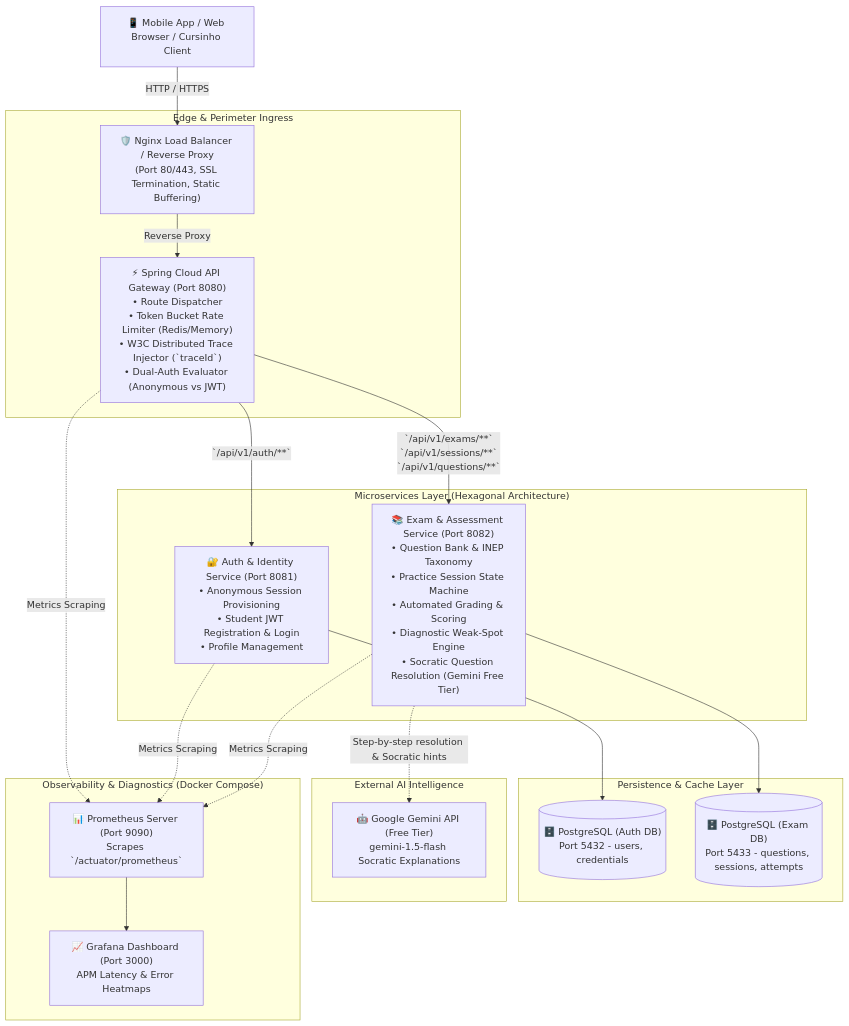
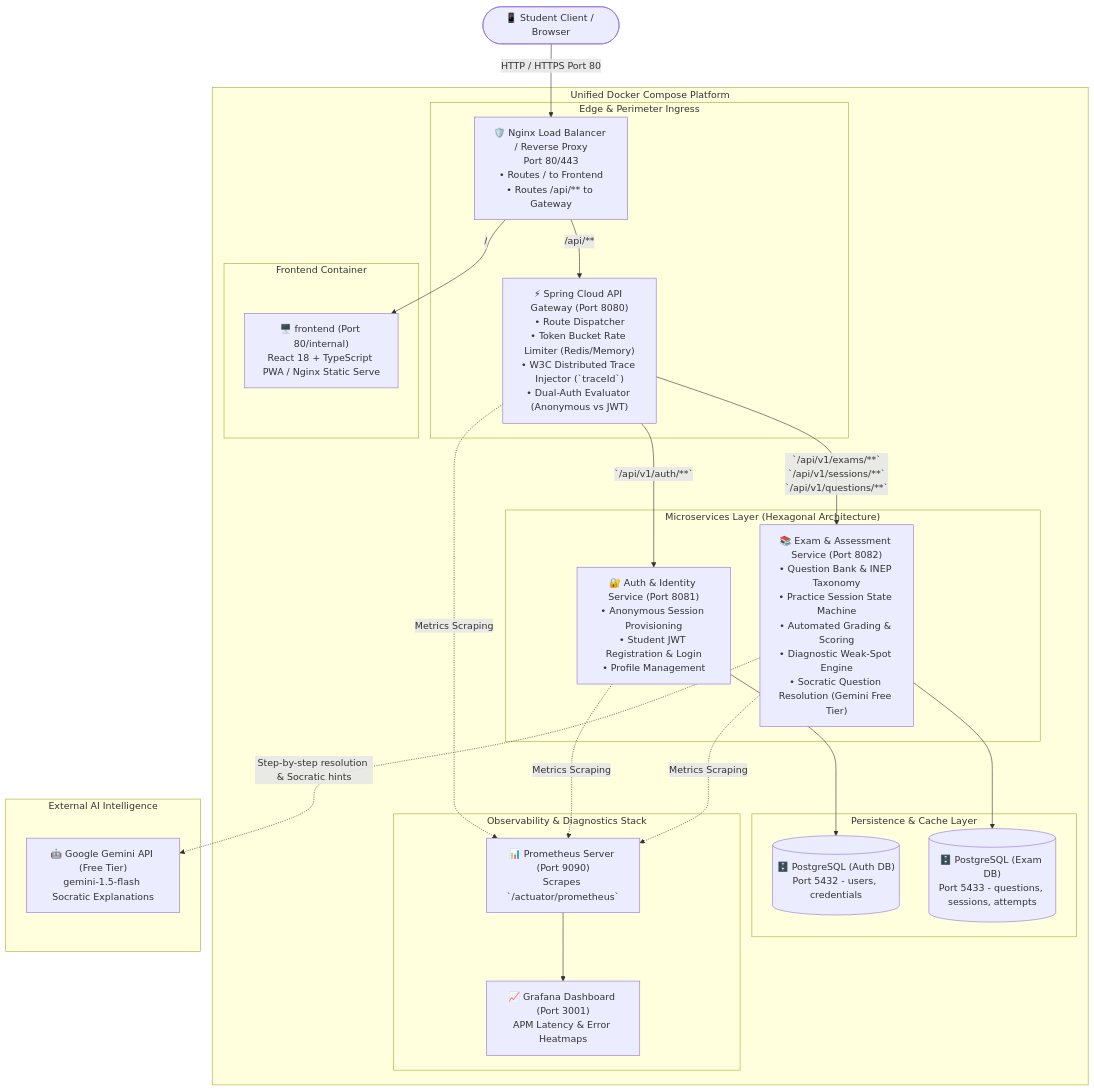
Before and after one commit to Veras-D/AprovaENEM: the first of 6 diagrams in docs/sprint-1/03-system-architecture.md, drawn with Mermaid. The commit also changed 2 other files, not shown here.

Commit message:
docs: update architecture, README, and backlog to reflect full-stack Docker Compose setup

````diff
--- a/docs/sprint-1/03-system-architecture.md
+++ b/docs/sprint-1/03-system-architecture.md
@@ -15,43 +15,50 @@
 ```mermaid
 flowchart TD
-    Client["📱 Mobile App / Web Browser / Cursinho Client"]
+    User([📱 Student Client / Browser])
     
-    subgraph Perimeter ["Edge & Perimeter Ingress"]
-        LB["🛡️ Nginx Load Balancer / Reverse Proxy<br/>(Port 80/443, SSL Termination, Static Buffering)"]
-        APIGW["⚡ Spring Cloud API Gateway (Port 8080)<br/>• Route Dispatcher<br/>• Token Bucket Rate Limiter (Redis/Memory)<br/>• W3C Distributed Trace Injector (`traceId`)<br/>• Dual-Auth Evaluator (Anonymous vs JWT)"]
-    end
+    subgraph DockerComposePlatform ["Unified Docker Compose Platform"]
+        subgraph Perimeter ["Edge & Perimeter Ingress"]
+            LB["🛡️ Nginx Load Balancer / Reverse Proxy<br/>Port 80/443<br/>• Routes / to Frontend<br/>• Routes /api/** to Gateway"]
+            APIGW["⚡ Spring Cloud API Gateway (Port 8080)<br/>• Route Dispatcher<br/>• Token Bucket Rate Limiter (Redis/Memory)<br/>• W3C Distributed Trace Injector (`traceId`)<br/>• Dual-Auth Evaluator (Anonymous vs JWT)"]
+        end
 
-    subgraph Services ["Microservices Layer (Hexagonal Architecture)"]
-        AuthSvc["🔐 Auth & Identity Service (Port 8081)<br/>• Anonymous Session Provisioning<br/>• Student JWT Registration & Login<br/>• Profile Management"]
-        ExamSvc["📚 Exam & Assessment Service (Port 8082)<br/>• Question Bank & INEP Taxonomy<br/>• Practice Session State Machine<br/>• Automated Grading & Scoring<br/>• Diagnostic Weak-Spot Engine<br/>• Socratic Question Resolution (Gemini Free Tier)"]
-    end
+        subgraph FrontendLayer ["Frontend Container"]
+            FrontendUI["🖥️ frontend (Port 80/internal)<br/>React 18 + TypeScript PWA / Nginx Static Serve"]
+        end
 
-    subgraph DataLayer ["Persistence & Cache Layer"]
-        PostgresAuth[("🗄️ PostgreSQL (Auth DB)<br/>Port 5432 - users, credentials")]
-        PostgresExam[("🗄️ PostgreSQL (Exam DB)<br/>Port 5433 - questions, sessions, attempts")]
+        subgraph Services ["Microservices Layer (Hexagonal Architecture)"]
+            AuthSvc["🔐 Auth & Identity Service (Port 8081)<br/>• Anonymous Session Provisioning<br/>• Student JWT Registration & Login<br/>• Profile Management"]
+            ExamSvc["📚 Exam & Assessment Service (Port 8082)<br/>• Question Bank & INEP Taxonomy<br/>• Practice Session State Machine<br/>• Automated Grading & Scoring<br/>• Diagnostic Weak-Spot Engine<br/>• Socratic Question Resolution (Gemini Free Tier)"]
+        end
+
+        subgraph DataLayer ["Persistence & Cache Layer"]
+            PostgresAuth[("🗄️ PostgreSQL (Auth DB)<br/>Port 5432 - users, credentials")]
+            PostgresExam[("🗄️ PostgreSQL (Exam DB)<br/>Port 5433 - questions, sessions, attempts")]
+        end
+
+        subgraph ObservabilityStack ["Observability & Diagnostics Stack"]
+            Prometheus["📊 Prometheus Server (Port 9090)<br/>Scrapes `/actuator/prometheus`"]
+            Grafana["📈 Grafana Dashboard (Port 3001)<br/>APM Latency & Error Heatmaps"]
+        end
     end
 
     subgraph ExternalAI ["External AI Intelligence"]
         GeminiAPI["🤖 Google Gemini API (Free Tier)<br/>gemini-1.5-flash Socratic Explanations"]
     end
 
-    subgraph ObservabilityStack ["Observability & Diagnostics (Docker Compose)"]
-        Prometheus["📊 Prometheus Server (Port 9090)<br/>Scrapes `/actuator/prometheus`"]
-        Grafana["📈 Grafana Dashboard (Port 3000)<br/>APM Latency & Error Heatmaps"]
-    end
-
-    Client -->|HTTP / HTTPS| LB
-    LB -->|Reverse Proxy| APIGW
+    User -->|HTTP / HTTPS Port 80| LB
+    LB -->|/| FrontendUI
+    LB -->|/api/**| APIGW
     
     APIGW -->|`/api/v1/auth/**`| AuthSvc
     APIGW -->|`/api/v1/exams/**`<br/>`/api/v1/sessions/**`<br/>`/api/v1/questions/**`| ExamSvc
 
     AuthSvc --> PostgresAuth
     ExamSvc --> PostgresExam
     ExamSvc -.->|Step-by-step resolution & Socratic hints| GeminiAPI
 
     APIGW -.->|Metrics Scraping| Prometheus
     AuthSvc -.->|Metrics Scraping| Prometheus
     ExamSvc -.->|Metrics Scraping| Prometheus
     Prometheus --> Grafana
 ```
````
